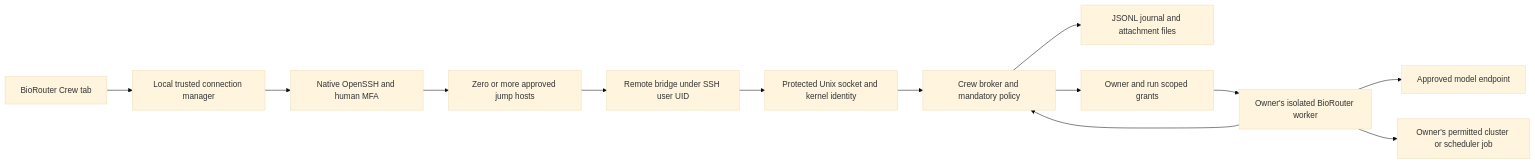
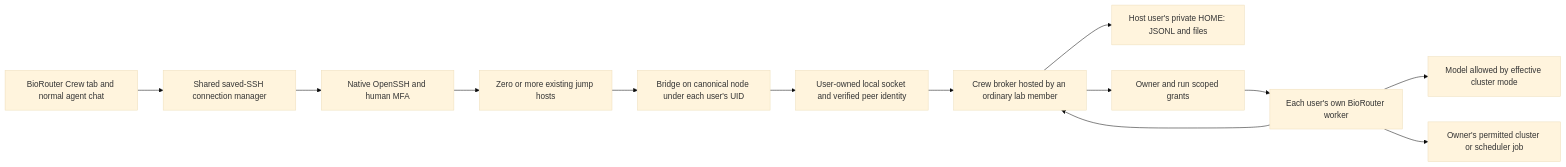
One commit to BaranziniLab/biorouter changed the diagram in docs/research/biorouter-crew/implementation-plan.md. Above: the diagram before and after it, drawn with Mermaid (base theme). The commit also changed other lines of this file and 5 other files, not shown here.

Commit message:
docs(crew): adopt rootless deployment and three-user app testing

````diff
--- a/docs/research/biorouter-crew/implementation-plan.md
+++ b/docs/research/biorouter-crew/implementation-plan.md
@@ -53,15 +70,15 @@
 ```mermaid
 flowchart LR
-  UI[BioRouter Crew tab] --> Local[Local trusted connection manager]
+  UI[BioRouter Crew tab and normal agent chat] --> Local[Shared saved-SSH connection manager]
   Local --> SSH[Native OpenSSH and human MFA]
-  SSH --> Gates[Zero or more approved jump hosts]
-  Gates --> Bridge[Remote bridge under SSH user UID]
-  Bridge --> UDS[Protected Unix socket and kernel identity]
-  UDS --> Broker[Crew broker and mandatory policy]
-  Broker --> Store[JSONL journal and attachment files]
+  SSH --> Gates[Zero or more existing jump hosts]
+  Gates --> Bridge[Bridge on canonical node under each user's UID]
+  Bridge --> UDS[User-owned local socket and verified peer identity]
+  UDS --> Broker[Crew broker hosted by an ordinary lab member]
+  Broker --> Store[Host user's private HOME: JSONL and files]
   Broker --> Grant[Owner and run scoped grants]
-  Grant --> Worker[Owner's isolated BioRouter worker]
-  Worker --> Model[Approved model endpoint]
+  Grant --> Worker[Each user's own BioRouter worker]
+  Worker --> Model[Model allowed by effective cluster mode]
   Worker --> Job[Owner's permitted cluster or scheduler job]
   Worker --> Broker
 ```
````
